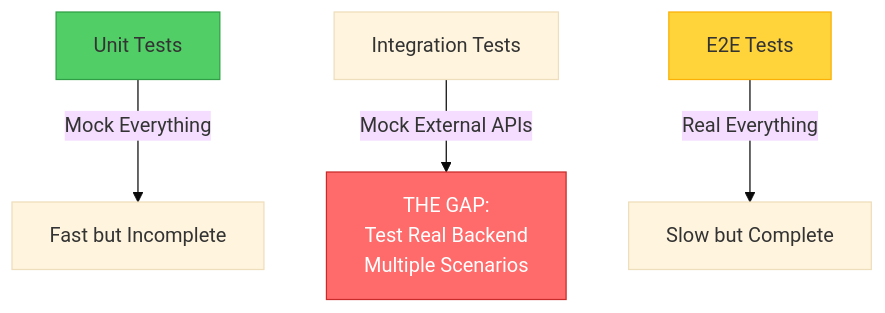
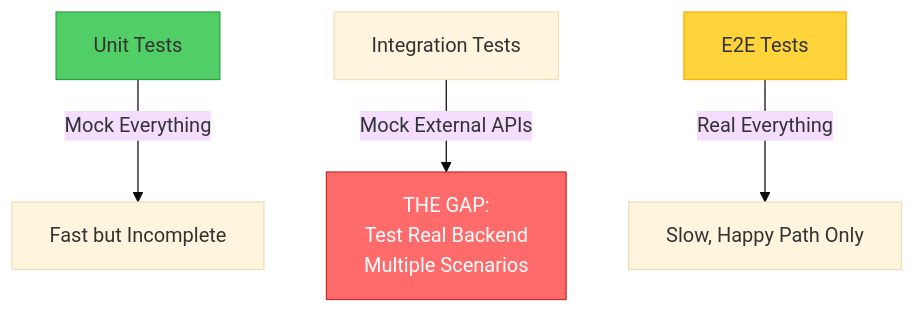
One commit to citypaul/scenarist changed the first of 3 diagrams in apps/docs/src/content/docs/introduction/why-scenarist.md. Above: the diagram before and after it, drawn with Mermaid (base theme). The commit also changed other lines of this file and 3 other files, not shown here.

````diff
--- a/apps/docs/src/content/docs/introduction/why-scenarist.md
+++ b/apps/docs/src/content/docs/introduction/why-scenarist.md
@@ -16,10 +16,10 @@
 ```mermaid
 graph TD
     A[Unit Tests] -->|Mock Everything| B[Fast but Incomplete]
     C[Integration Tests] -->|Mock External APIs| D["THE GAP:<br/>Test Real Backend<br/>Multiple Scenarios"]
-    E[E2E Tests] -->|Real Everything| F[Slow but Complete]
+    E[E2E Tests] -->|Real Everything| F[Slow, Happy Path Only]
 
     style D fill:#ff6b6b,stroke:#c92a2a,color:#fff
     style A fill:#51cf66,stroke:#2f9e44
     style E fill:#ffd43b,stroke:#fab005
 ```
````
